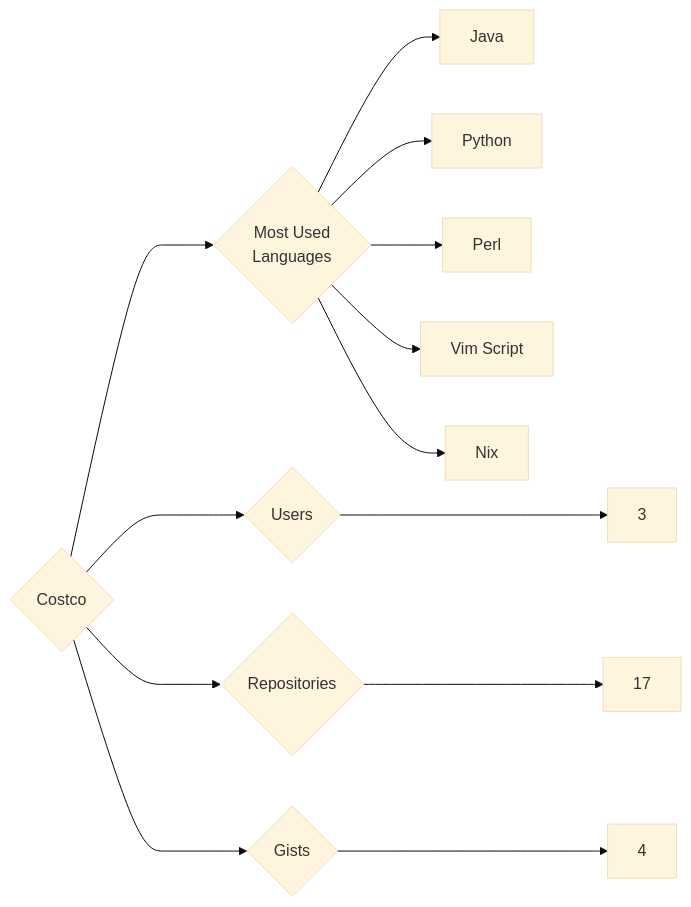
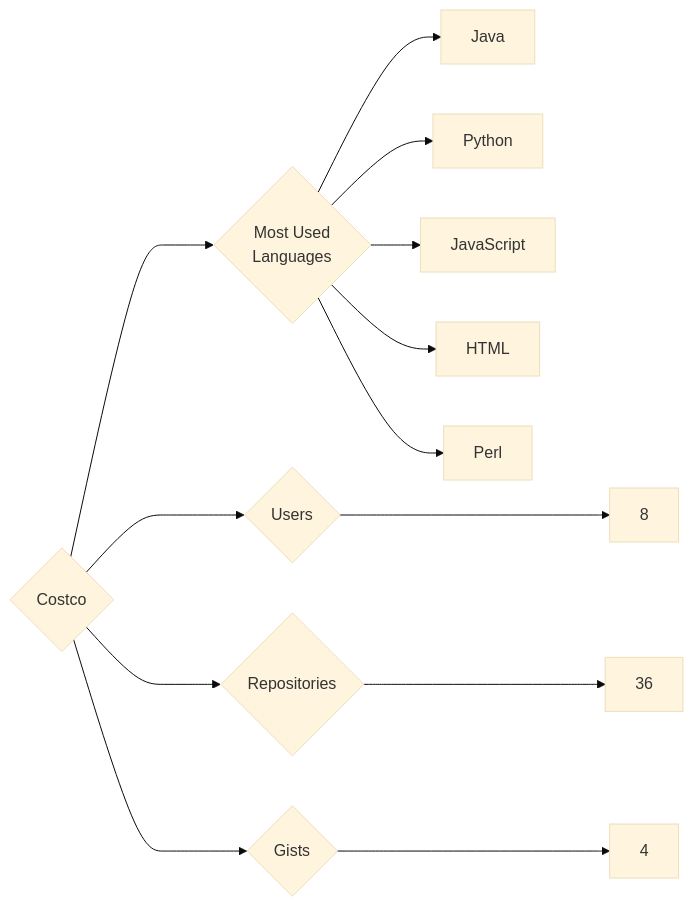
The diagram in targets/Costco/README.md (trickest/insiders), drawn with Mermaid (base theme) before and after one commit. The commit also changed 865 other files, not shown here.

````diff
--- a/targets/Costco/README.md
+++ b/targets/Costco/README.md
@@ -3,13 +3,13 @@
 ```mermaid
 graph LR
 COMPANY_NAME{Costco}
-COMPANY_NAME ---> U{Users} ---> UN[3]
-COMPANY_NAME ---> R{Repositories} ---> RN[17]
+COMPANY_NAME ---> U{Users} ---> UN[8]
+COMPANY_NAME ---> R{Repositories} ---> RN[36]
 COMPANY_NAME ---> G{Gists} ---> GN[4]
 COMPANY_NAME ---> ML{Most Used<br>Languages}
 ML --> Java[Java]
 ML --> Python[Python]
+ML --> JavaScript[JavaScript]
+ML --> HTML[HTML]
 ML --> Perl[Perl]
-ML --> Vim_Script[Vim Script]
-ML --> Nix[Nix]
 ```
````
